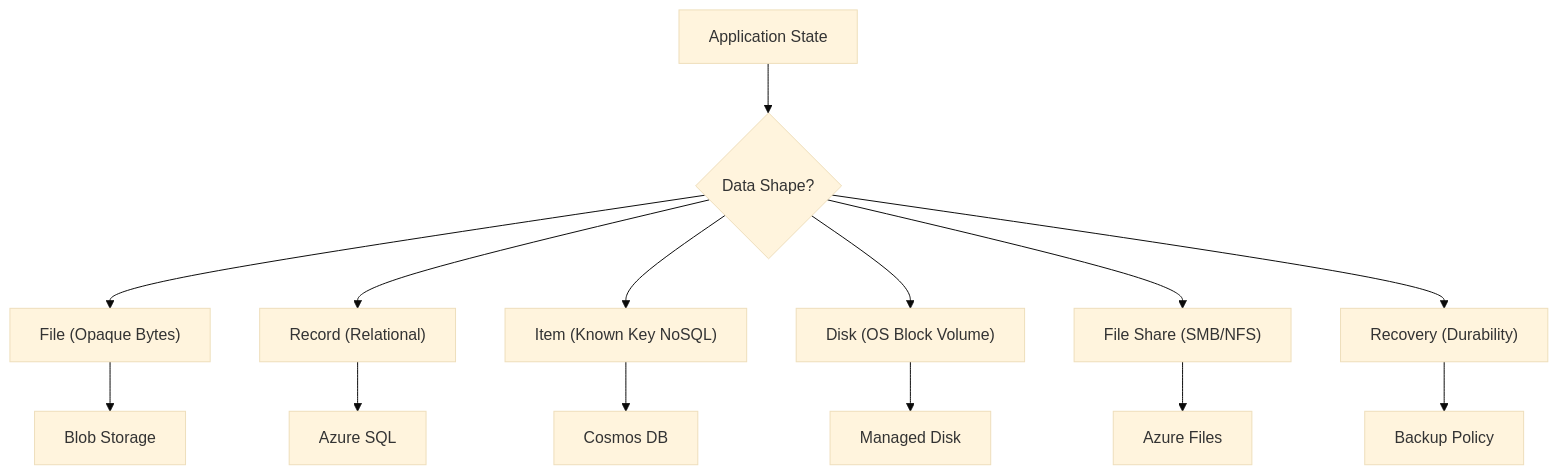
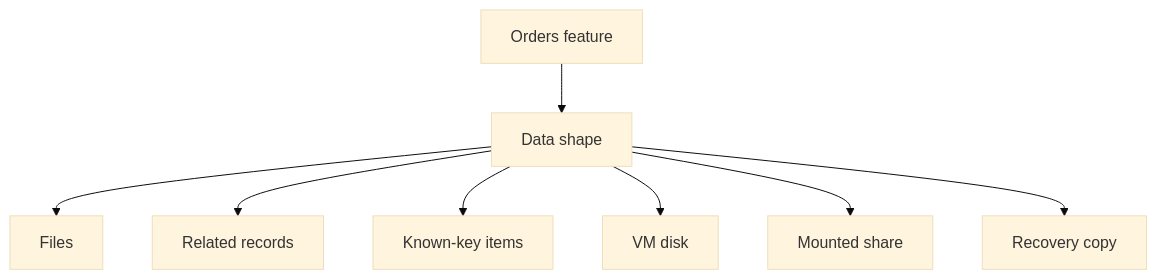
One commit to senlinyy/dev-roadmaps changed the diagram in cloud-providers/azure/storage-databases/what-is-data-storage.md. Above: the diagram before and after it, drawn with Mermaid (base theme). The commit also changed other lines of this file and 176 other files, not shown here.

````diff
--- a/cloud-providers/azure/storage-databases/what-is-data-storage.md
+++ b/cloud-providers/azure/storage-databases/what-is-data-storage.md
@@ -142,17 +69,10 @@
 ```mermaid
 flowchart TD
-    App["Application State"] --> Shape{"Data Shape?"}
-    Shape --> File["File (Opaque Bytes)"]
-    Shape --> Record["Record (Relational)"]
-    Shape --> Item["Item (Known Key NoSQL)"]
-    Shape --> Disk["Disk (OS Block Volume)"]
-    Shape --> Share["File Share (SMB/NFS)"]
-    Shape --> Restore["Recovery (Durability)"]
-
-    File --> Blob["Blob Storage"]
-    Record --> SQL["Azure SQL"]
-    Item --> Cosmos["Cosmos DB"]
-    Disk --> Managed["Managed Disk"]
-    Share --> Files["Azure Files"]
-    Restore --> Backup["Backup Policy"]
+    Feature["Orders feature"] --> Shape["Data shape"]
+    Shape --> Files["Files"]
+    Shape --> Records["Related records"]
+    Shape --> Items["Known-key items"]
+    Shape --> Disk["VM disk"]
+    Shape --> Share["Mounted share"]
+    Shape --> Copy["Recovery copy"]
 ```
````
